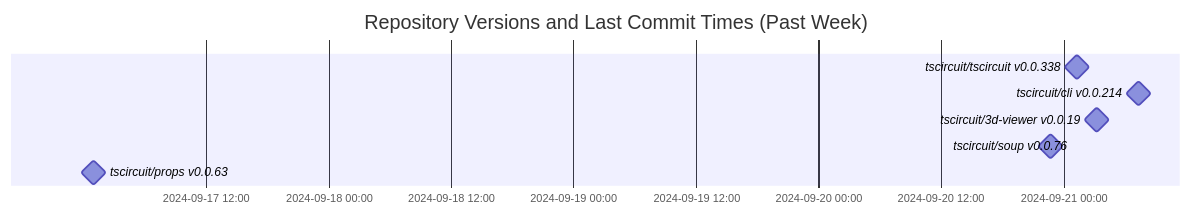
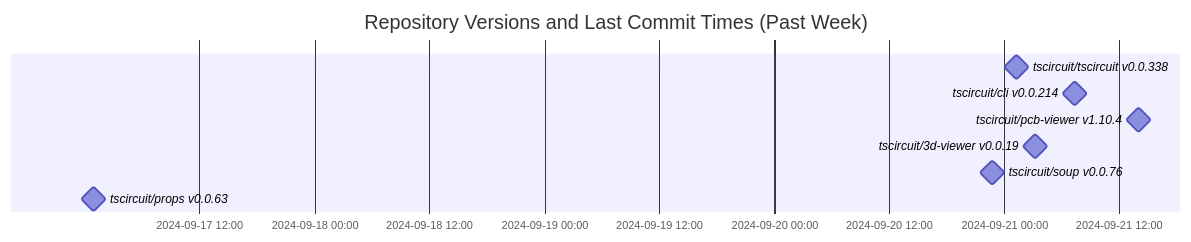
The diagram in README.md (tscircuit/version-tracker), drawn with Mermaid before and after one commit.

Commit message:
Update chart

````diff
--- a/README.md
+++ b/README.md
@@ -1,12 +1,13 @@
 ```mermaid
 gantt
   dateFormat  YYYY-MM-DD HH:mm:ss
   title Repository Versions and Last Commit Times (Past Week)
   axisFormat %Y-%m-%d %H:%M
 
   tscircuit/tscircuit v0.0.338 : milestone, 2024-09-21 01:17:43, 1s
   tscircuit/cli v0.0.214 : milestone, 2024-09-21 07:21:29, 1s
+  tscircuit/pcb-viewer v1.10.4 : milestone, 2024-09-21 14:02:34, 1s
   tscircuit/3d-viewer v0.0.19 : milestone, 2024-09-21 03:18:08, 1s
   tscircuit/soup v0.0.76 : milestone, 2024-09-20 22:46:17, 1s
   tscircuit/props v0.0.63 : milestone, 2024-09-17 00:58:09, 1s
 ```
````
